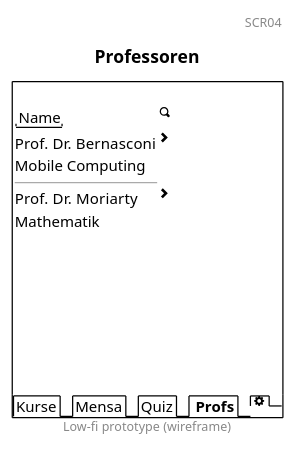
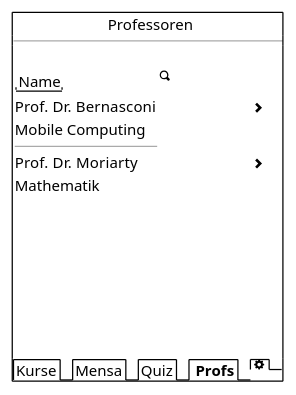
Before and after one commit to RobinNunkesser/plantuml: the diagram in scr4.pu, drawn with PlantUML. The commit also changed 6 other files, not shown here.

```diff
--- a/scr4.pu
+++ b/scr4.pu
@@ -1,25 +1,24 @@
 @startsalt
-title Professoren
-header SCR04
-footer Low-fi prototype (wireframe)
 {+
+""          "" Professoren
+--
 {
     .
     "Name" | <&magnifying-glass>
-    Prof. Dr. Bernasconi | <&chevron-right>
+    Prof. Dr. Bernasconi | ""          "" <&chevron-right>
     Mobile Computing | .
     ----
-    Prof. Dr. Moriarty | <&chevron-right>
+    Prof. Dr. Moriarty | ""          "" <&chevron-right>
     Mathematik | .
     .
     .
     .
     .
     .
     .
     .    
 }
 {/ Kurse | Mensa | Quiz | <b> Profs | <&cog> }
 }
 
 @endsalt
```
